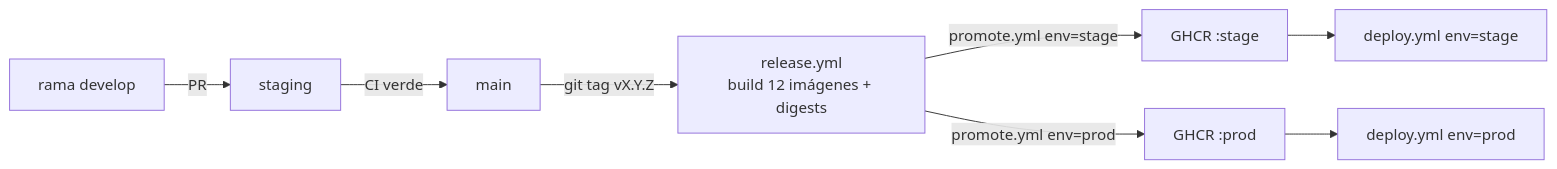
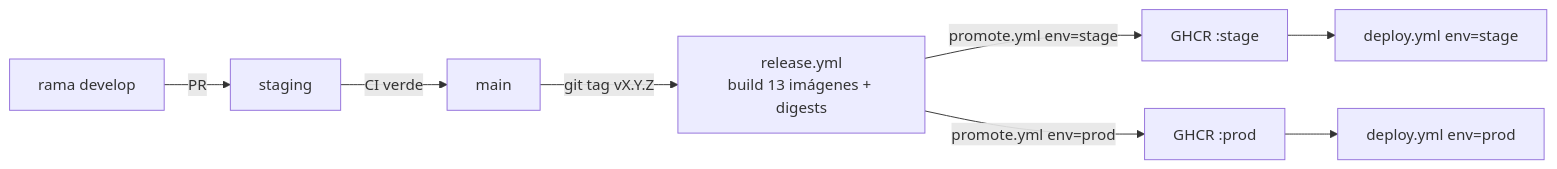
The diagram in .github/README.md (xozan845-ctrl/core-engine), drawn with Mermaid before and after one commit. The commit also changed other lines of this file, not shown here.

First line of the commit message:
docs(ci): corregir el conteo de imágenes del release (R-CD-4)

````diff
--- a/.github/README.md
+++ b/.github/README.md
@@ -39,10 +39,10 @@
 ```mermaid
 flowchart LR
     A[rama develop] -->|PR| B[staging]
     B -->|CI verde| C[main]
-    C -->|git tag vX.Y.Z| R["release.yml\nbuild 12 imágenes + digests"]
+    C -->|git tag vX.Y.Z| R["release.yml\nbuild 13 imágenes + digests"]
     R -->|"promote.yml env=stage"| S["GHCR :stage"]
     R -->|"promote.yml env=prod"| P["GHCR :prod"]
     S --> DX["deploy.yml env=stage"]
     P --> DP["deploy.yml env=prod"]
 ```
````
